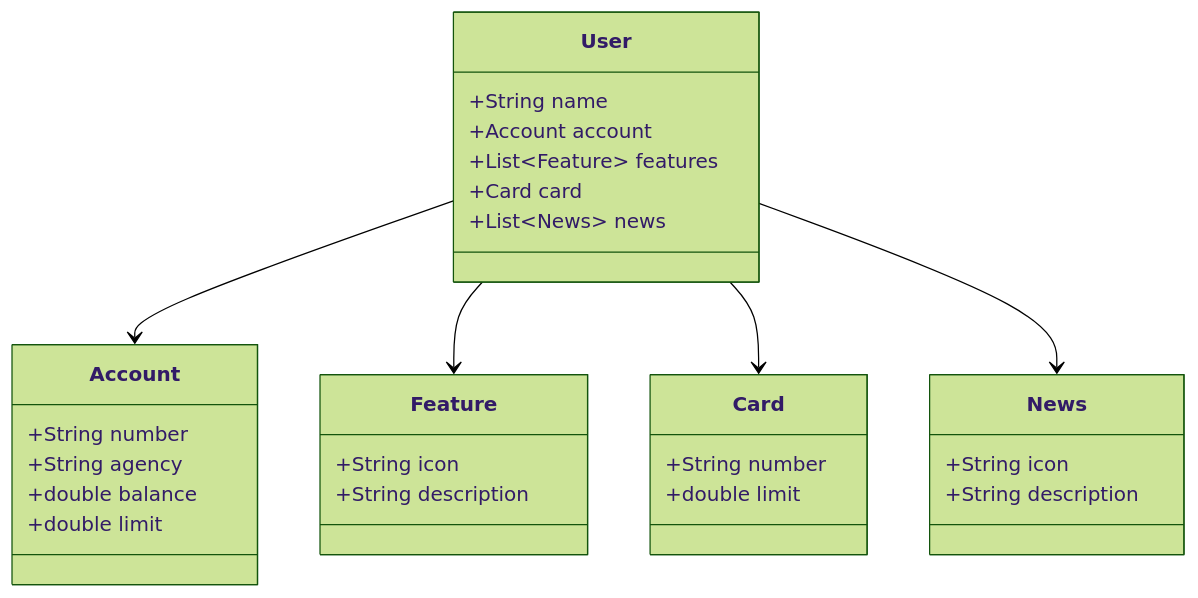
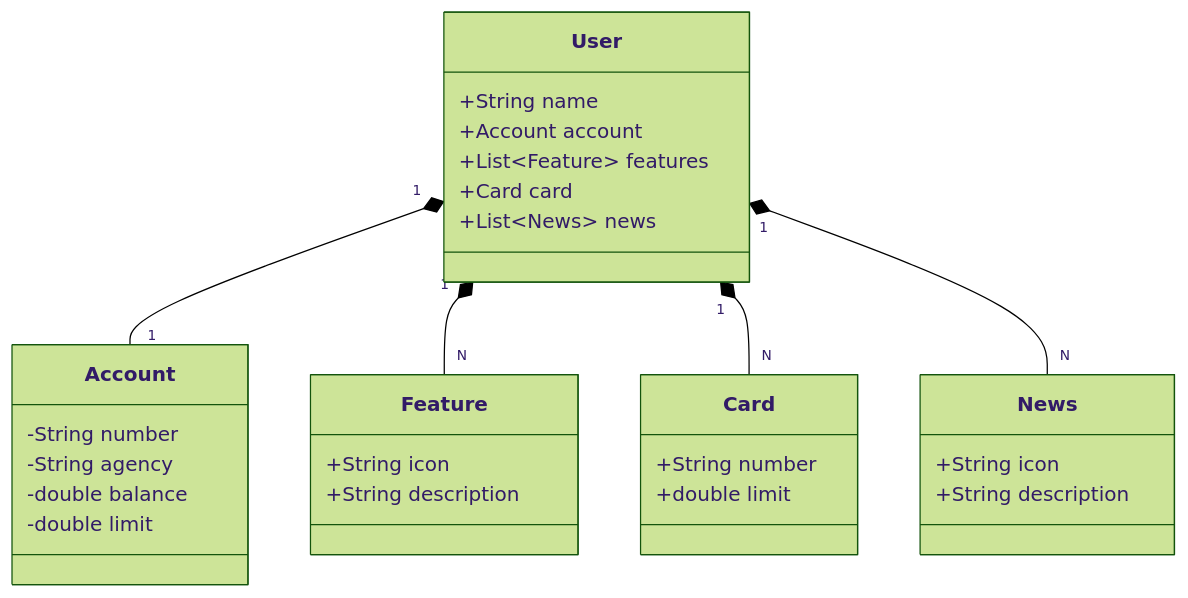
One commit to LucasMauric/RESTful-API- changed the diagram in README.md. Above: the diagram before and after it, drawn with Mermaid (forest theme).

````diff
--- a/README.md
+++ b/README.md
@@ -4,37 +4,37 @@
 ```mermaid
 classDiagram
     class User {
         +String name
         +Account account
         +List~Feature~ features
         +Card card
         +List~News~ news
     }
 
     class Account {
-        +String number
-        +String agency
-        +double balance
-        +double limit
+        -String number
+        -String agency
+        -double balance
+        -double limit
     }
 
     class Feature {
         +String icon
         +String description
     }
 
     class Card {
         +String number
         +double limit
     }
 
     class News {
         +String icon
         +String description
     }
 
-    User --> Account
-    User --> Feature
-    User --> Card
-    User --> News
+    User "1" *-- "1" Account
+    User "1" *-- "N" Feature
+    User "1" *-- "N" Card
+    User "1" *-- "N" News
 ```
````
